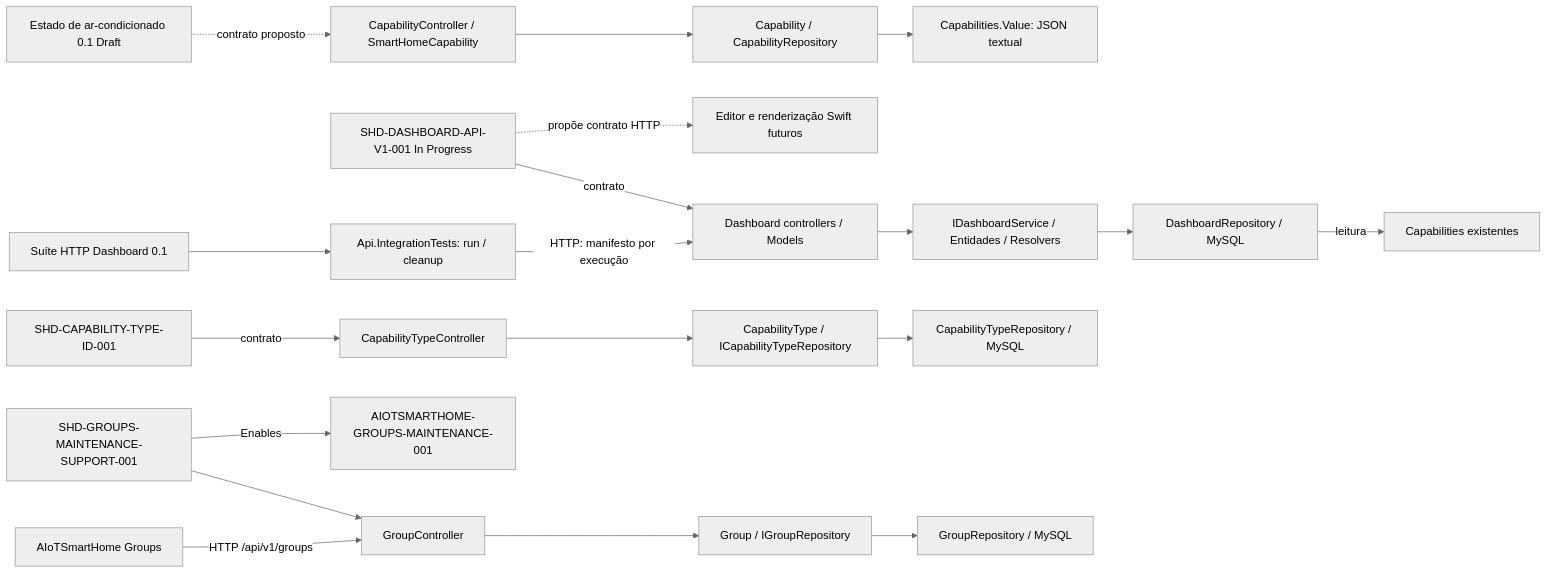
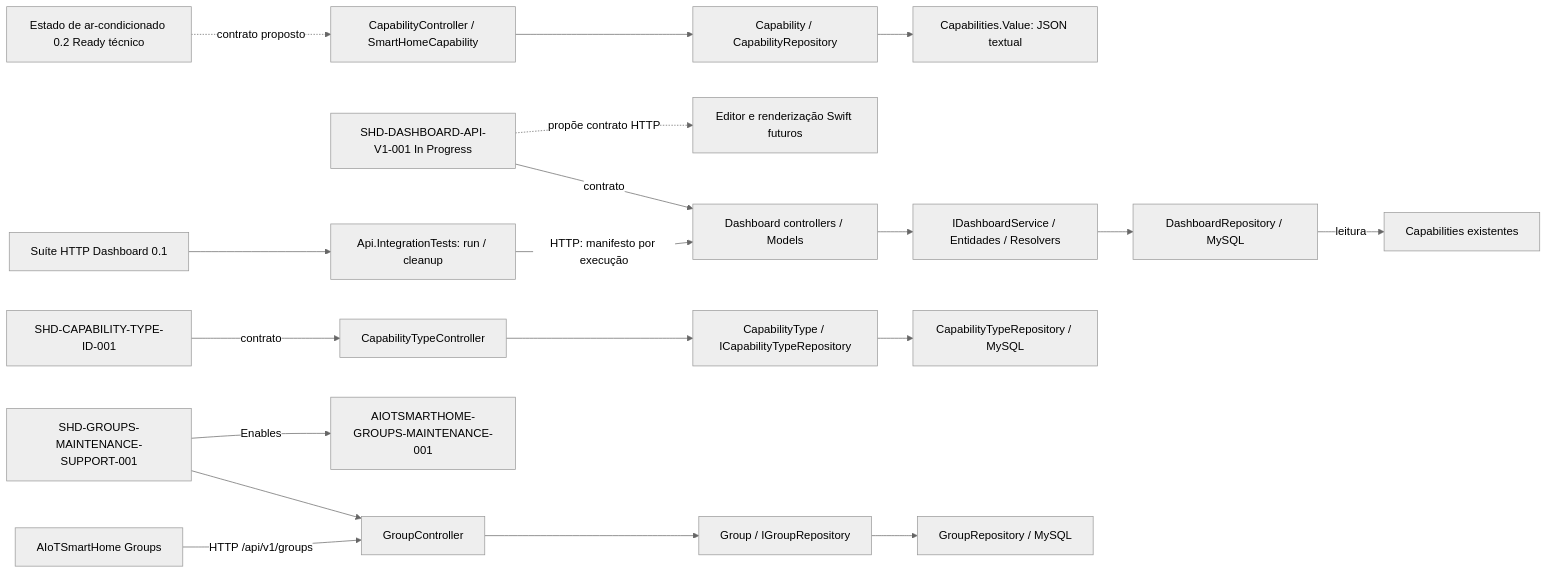
One commit to iotsmartsys/SmartHome-DeviceApi changed the diagram in docs/rfc/KNOWLEDGE-MAP.md. Above: the diagram before and after it, drawn with Mermaid (neutral theme). The commit also changed other lines of this file and 4 other files, not shown here.

````diff
--- a/docs/rfc/KNOWLEDGE-MAP.md
+++ b/docs/rfc/KNOWLEDGE-MAP.md
@@ -72,21 +72,21 @@
 ```mermaid
 flowchart LR
-    ACSPEC[Estado de ar-condicionado 0.1 Draft] -.->|contrato proposto| ACAPI[CapabilityController / SmartHomeCapability]
+    ACSPEC[Estado de ar-condicionado 0.2 Ready técnico] -.->|contrato proposto| ACAPI[CapabilityController / SmartHomeCapability]
     ACAPI --> ACCORE[Capability / CapabilityRepository]
     ACCORE --> ACDB[Capabilities.Value: JSON textual]
     DASHSPEC[SHD-DASHBOARD-API-V1-001 In Progress] -->|contrato| DASHAPI[Dashboard controllers / Models]
     DASHTESTSPEC[Suíte HTTP Dashboard 0.1] --> DASHTEST[Api.IntegrationTests: run / cleanup]
     DASHTEST -->|HTTP: manifesto por execução| DASHAPI
     DASHAPI --> DASHCORE[IDashboardService / Entidades / Resolvers]
     DASHCORE --> DASHDB[DashboardRepository / MySQL]
     DASHDB -->|leitura| DASHCAP[Capabilities existentes]
     DASHSPEC -.->|propõe contrato HTTP| DASHAPP[Editor e renderização Swift futuros]
     CTSPEC[SHD-CAPABILITY-TYPE-ID-001] -->|contrato| CTAPI[CapabilityTypeController]
     CTAPI --> CTCORE[CapabilityType / ICapabilityTypeRepository]
     CTCORE --> CTDB[CapabilityTypeRepository / MySQL]
     APP[AIoTSmartHome Groups] -->|HTTP /api/v1/groups| API[GroupController]
     SPEC[SHD-GROUPS-MAINTENANCE-SUPPORT-001] --> API
     API --> CORE[Group / IGroupRepository]
     CORE --> DB[GroupRepository / MySQL]
     SPEC -->|Enables| APPSPEC[AIOTSMARTHOME-GROUPS-MAINTENANCE-001]
 ```
````
